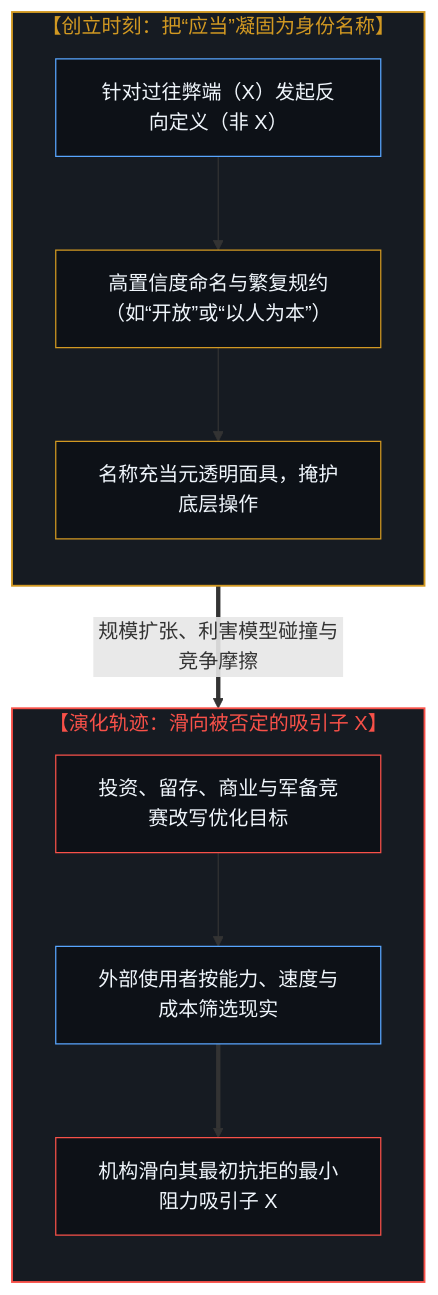
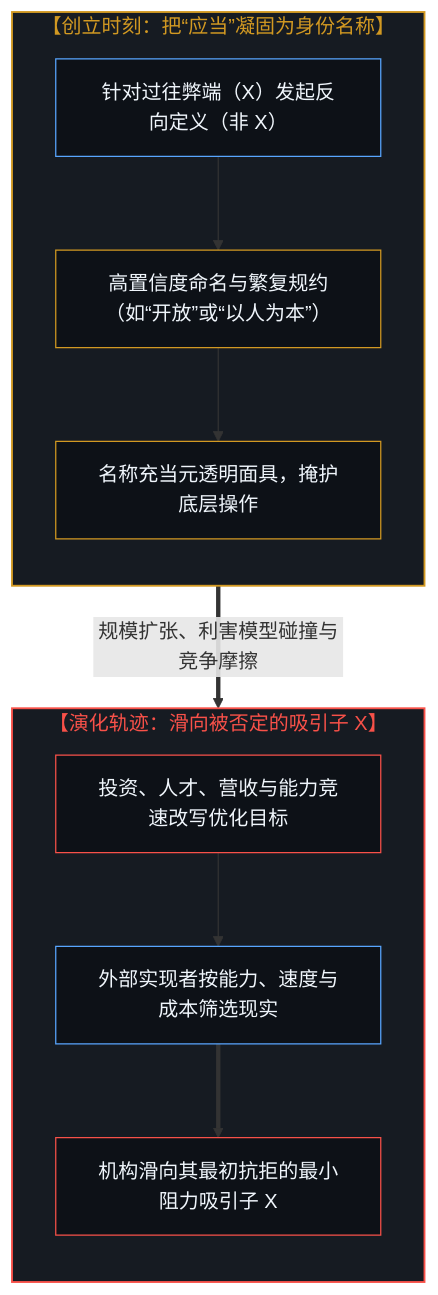
One commit to powerpig99/not-a-toe changed the first of 2 diagrams in content/posts/name-negation-tendency.md. Above: the diagram before and after it, drawn with Mermaid. The commit also changed other lines of this file and 4 other files, not shown here.

````diff
--- a/content/posts/name-negation-tendency.md
+++ b/content/posts/name-negation-tendency.md
@@ -39,26 +39,26 @@
 ```mermaid
 flowchart TD
     subgraph S_Founding["【创立时刻：把“应当”凝固为身份名称】"]
         direction TB
         React["针对过往弊端（X）发起反向定义（非 X）"]
         HighConf["高置信度命名与繁复规约（如“开放”或“以人为本”）"]
         Mask["名称充当元透明面具，掩护底层操作"]
         React --> HighConf --> Mask
     end
     S_Founding ==>|"规模扩张、利害模型碰撞与竞争摩擦"| S_Inversion
     subgraph S_Inversion["【演化轨迹：滑向被否定的吸引子 X】"]
         direction TB
-        Collision["投资、留存、商业与军备竞赛改写优化目标"]
-        Actualizers["外部使用者按能力、速度与成本筛选现实"]
+        Collision["投资、人才、营收与能力竞速改写优化目标"]
+        Actualizers["外部实现者按能力、速度与成本筛选现实"]
         Opposite["机构滑向其最初抗拒的最小阻力吸引子 X"]
         Collision --> Actualizers ==> Opposite
     end
     style S_Founding fill:#161b22,stroke:#d29922,stroke-width:1.5px,color:#d29922
     style S_Inversion fill:#161b22,stroke:#f85149,stroke-width:1.5px,color:#f85149
     style React fill:#0d1117,stroke:#58a6ff,stroke-width:1px,color:#f0f6fc
     style HighConf fill:#0d1117,stroke:#d29922,stroke-width:1px,color:#f0f6fc
     style Mask fill:#0d1117,stroke:#d29922,stroke-width:1px,color:#f0f6fc
     style Collision fill:#0d1117,stroke:#f85149,stroke-width:1px,color:#f0f6fc
     style Actualizers fill:#0d1117,stroke:#58a6ff,stroke-width:1px,color:#f0f6fc
     style Opposite fill:#0d1117,stroke:#f85149,stroke-width:1px,color:#f0f6fc
 ```
````
